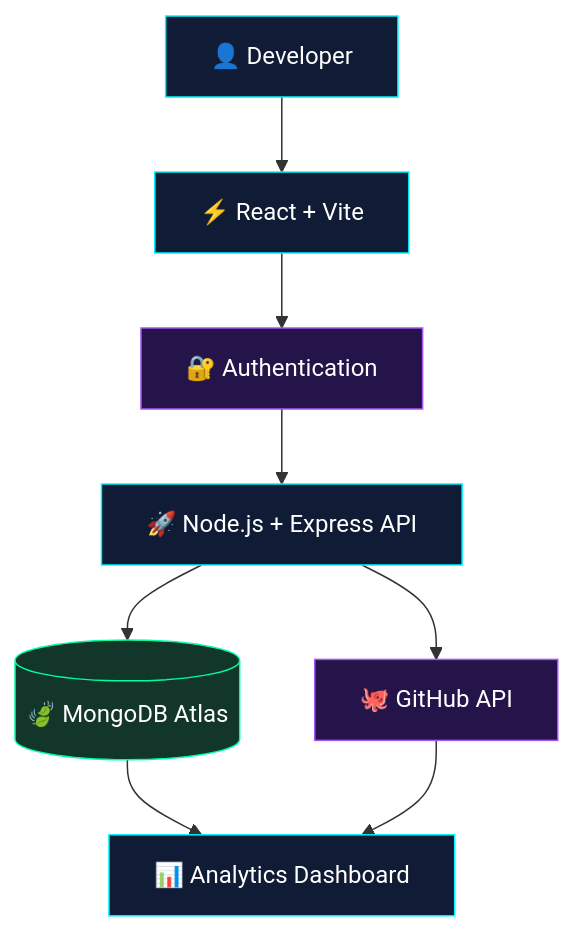
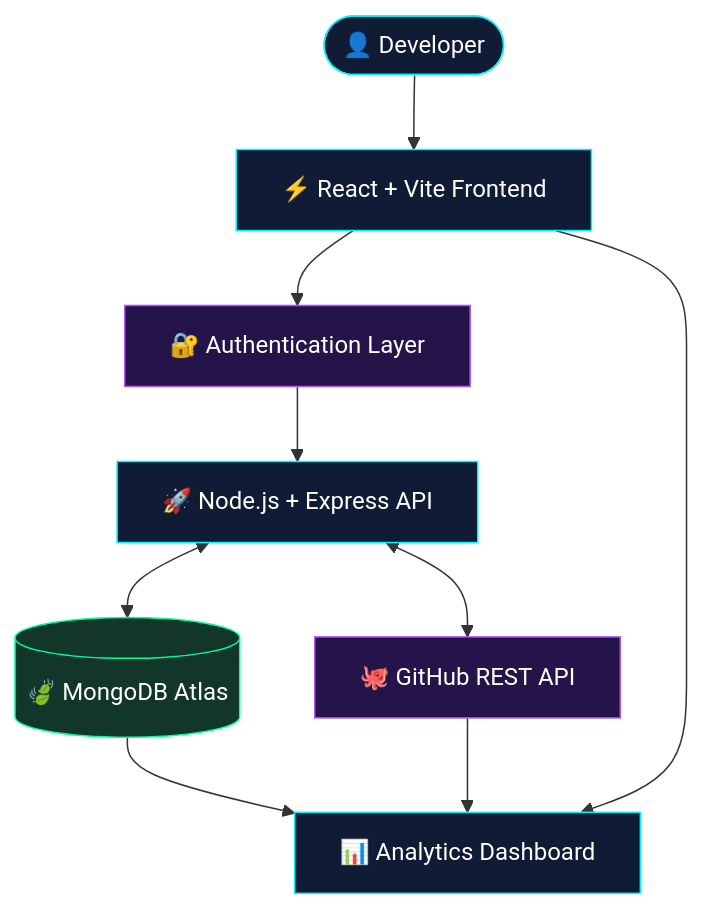
The diagram in README.md (Priyanka170974/Priyanka170974), drawn with Mermaid before and after one commit. The commit also changed other lines of this file, not shown here.

````diff
--- a/README.md
+++ b/README.md
@@ -65,18 +89,27 @@
 ```mermaid
-flowchart TD
-    A["👤 Developer"] --> B["⚡ React + Vite"]
-    B --> C["🔐 Authentication"]
-    C --> D["🚀 Node.js + Express API"]
-    D --> E[("🍃 MongoDB Atlas")]
-    D --> F["🐙 GitHub API"]
-    E --> G["📊 Analytics Dashboard"]
-    F --> G
+flowchart TB
+    U(["👤 Developer"])
+    FE["⚡ React + Vite Frontend"]
+    AUTH["🔐 Authentication Layer"]
+    API["🚀 Node.js + Express API"]
+    DB[("🍃 MongoDB Atlas")]
+    GH["🐙 GitHub REST API"]
+    DASH["📊 Analytics Dashboard"]
 
-    style A fill:#101b35,stroke:#00f5ff,color:#ffffff
-    style B fill:#101b35,stroke:#00f5ff,color:#ffffff
-    style C fill:#24144a,stroke:#a855f7,color:#ffffff
-    style D fill:#101b35,stroke:#00f5ff,color:#ffffff
-    style E fill:#12372a,stroke:#00ff9c,color:#ffffff
-    style F fill:#24144a,stroke:#a855f7,color:#ffffff
-    style G fill:#101b35,stroke:#00f5ff,color:#ffffff
+    U --> FE
+    FE --> AUTH
+    AUTH --> API
+    API <--> DB
+    API <--> GH
+    DB --> DASH
+    GH --> DASH
+    FE --> DASH
+
+    style U fill:#101b35,stroke:#00f5ff,color:#ffffff
+    style FE fill:#101b35,stroke:#00f5ff,color:#ffffff
+    style AUTH fill:#24144a,stroke:#a855f7,color:#ffffff
+    style API fill:#101b35,stroke:#00f5ff,color:#ffffff
+    style DB fill:#12372a,stroke:#00ff9c,color:#ffffff
+    style GH fill:#24144a,stroke:#a855f7,color:#ffffff
+    style DASH fill:#101b35,stroke:#00f5ff,color:#ffffff
 ```
````
